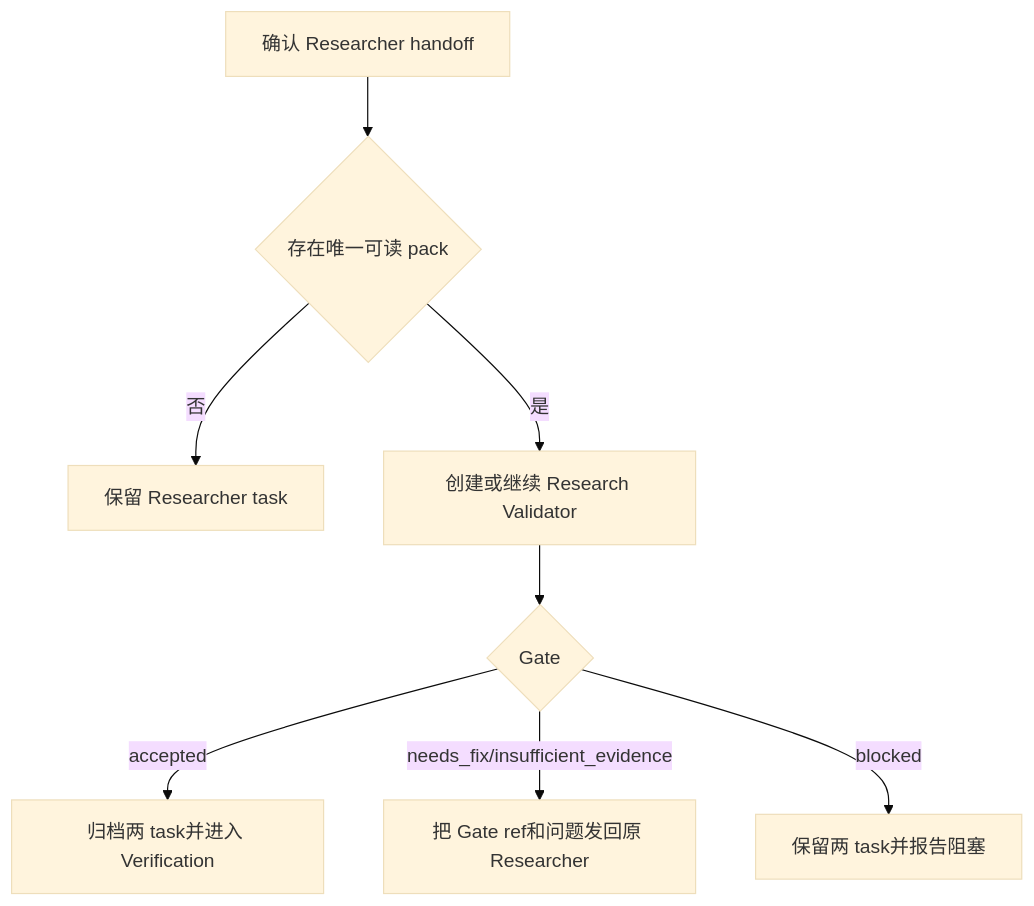
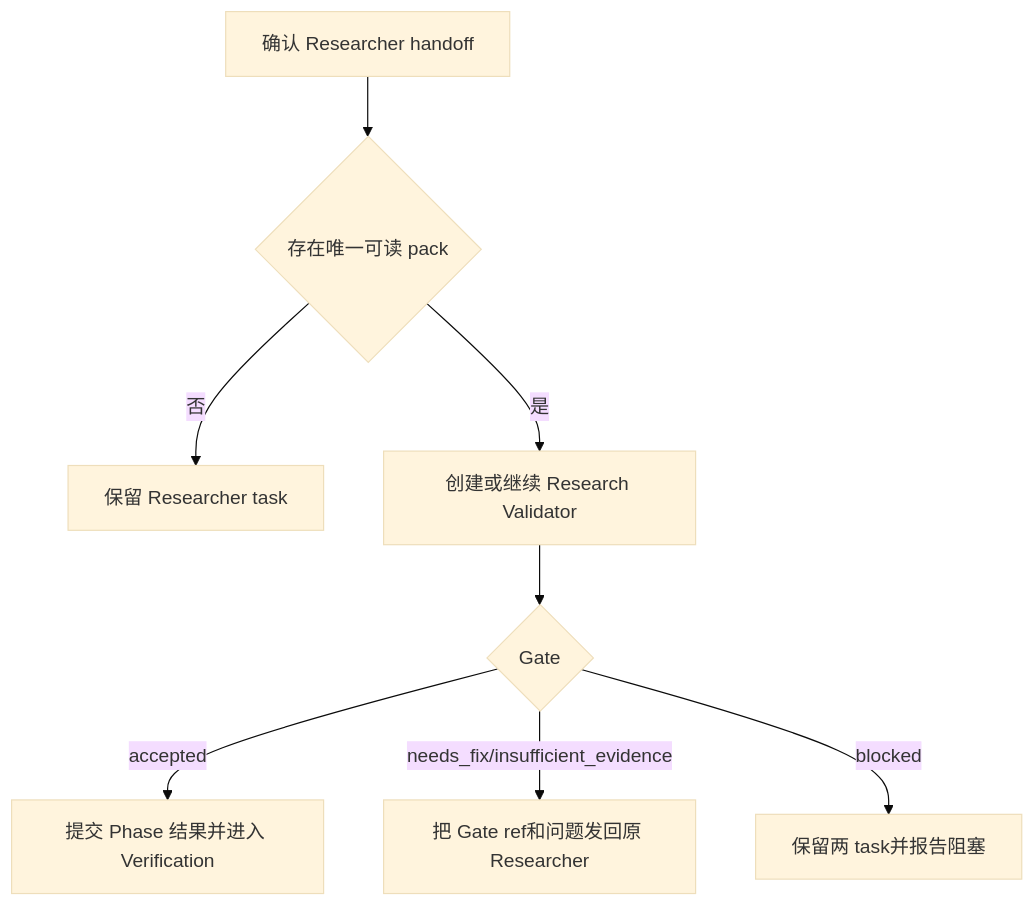
One commit to daihothot/scout changed the second of 3 diagrams in assets/scout/skills/domain-validation-coordinator/SKILL.md. Above: the diagram before and after it, drawn with Mermaid (base theme). The commit also changed other lines of this file and 197 other files, not shown here.

First line of the commit message:
feat(runtime): isolate flow journals and domain-owned execution

````diff
--- a/assets/scout/skills/domain-validation-coordinator/SKILL.md
+++ b/assets/scout/skills/domain-validation-coordinator/SKILL.md
@@ -273,10 +273,10 @@
 ```mermaid
 flowchart TD
   A[确认 Researcher handoff] --> B{存在唯一可读 pack}
   B -- 否 --> C[保留 Researcher task]
   B -- 是 --> D[创建或继续 Research Validator]
   D --> E{Gate}
-  E -- accepted --> F[归档两 task并进入 Verification]
+  E -- accepted --> F[提交 Phase 结果并进入 Verification]
   E -- needs_fix/insufficient_evidence --> G[把 Gate ref和问题发回原 Researcher]
   E -- blocked --> H[保留两 task并报告阻塞]
 ```
````
